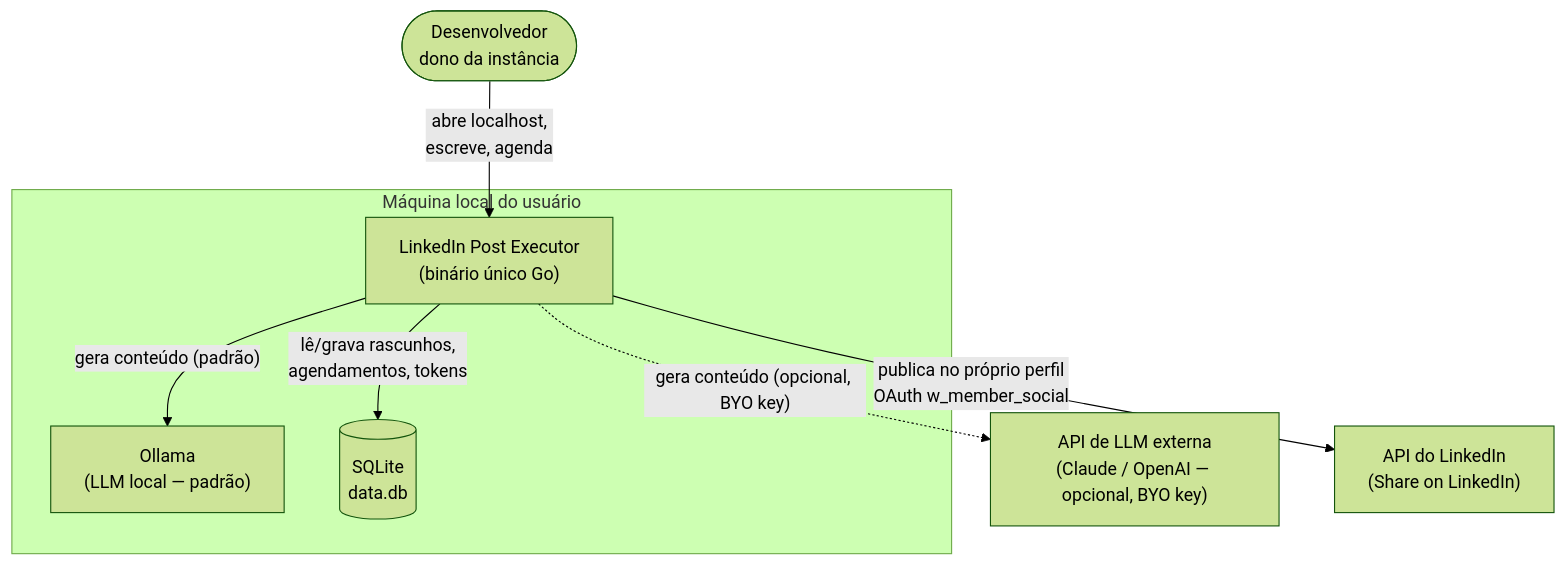
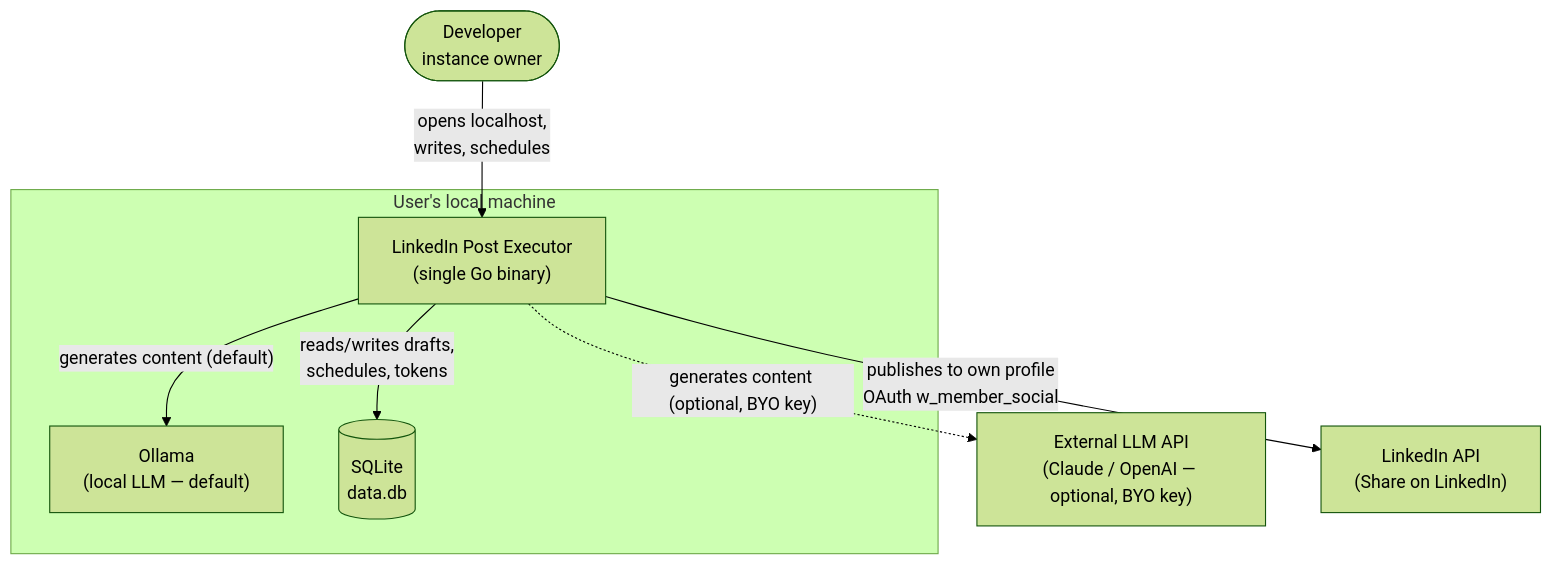
Before and after one commit to Vitor-andrade/linkedin-post-executor: the first of 6 diagrams in docs/architecture-plan.md, drawn with Mermaid (forest theme). The commit also changed other lines of this file and 25 other files, not shown here.

````diff
--- a/docs/architecture-plan.md
+++ b/docs/architecture-plan.md
@@ -52,17 +52,17 @@
 ```mermaid
 graph TD
-    user([Desenvolvedor<br/>dono da instância])
-    subgraph local["Máquina local do usuário"]
-        app["LinkedIn Post Executor<br/>(binário único Go)"]
-        ollama["Ollama<br/>(LLM local — padrão)"]
+    user([Developer<br/>instance owner])
+    subgraph local["User's local machine"]
+        app["LinkedIn Post Executor<br/>(single Go binary)"]
+        ollama["Ollama<br/>(local LLM — default)"]
         db[("SQLite<br/>data.db")]
     end
-    llmapi["API de LLM externa<br/>(Claude / OpenAI — opcional, BYO key)"]
-    linkedin["API do LinkedIn<br/>(Share on LinkedIn)"]
+    llmapi["External LLM API<br/>(Claude / OpenAI — optional, BYO key)"]
+    linkedin["LinkedIn API<br/>(Share on LinkedIn)"]
 
-    user -->|"abre localhost,<br/>escreve, agenda"| app
-    app -->|"gera conteúdo (padrão)"| ollama
-    app -.->|"gera conteúdo (opcional, BYO key)"| llmapi
-    app -->|"lê/grava rascunhos,<br/>agendamentos, tokens"| db
-    app -->|"publica no próprio perfil<br/>OAuth w_member_social"| linkedin
+    user -->|"opens localhost,<br/>writes, schedules"| app
+    app -->|"generates content (default)"| ollama
+    app -.->|"generates content (optional, BYO key)"| llmapi
+    app -->|"reads/writes drafts,<br/>schedules, tokens"| db
+    app -->|"publishes to own profile<br/>OAuth w_member_social"| linkedin
 ```
````
